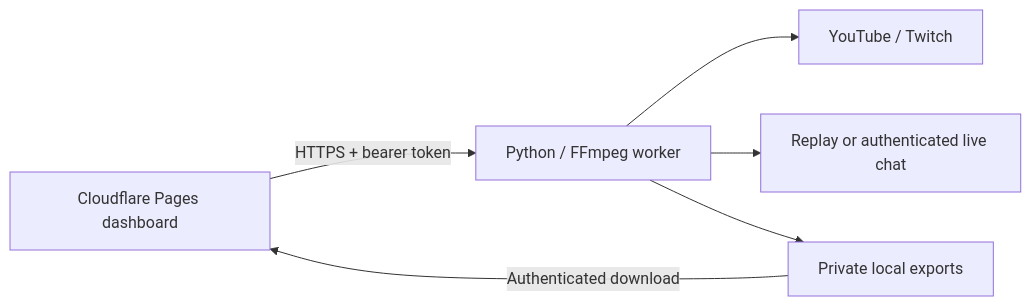
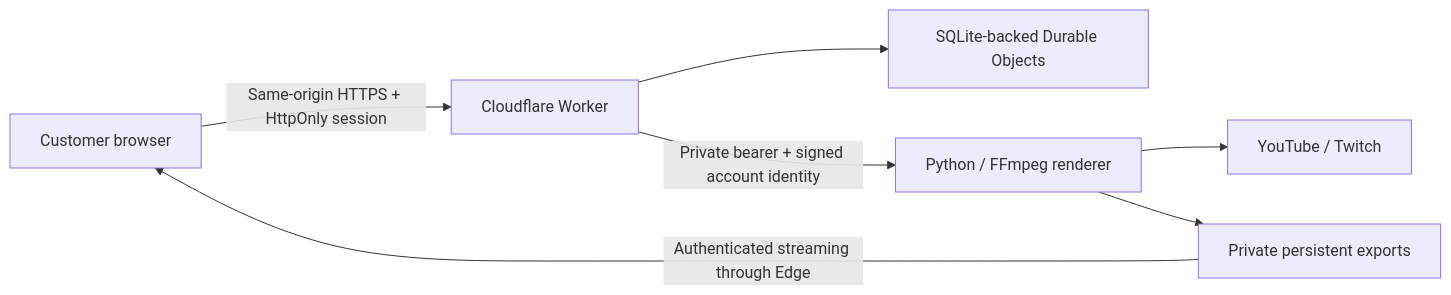
Before and after one commit to XidanAbds29/clipforge-studio: the diagram in README.md, drawn with Mermaid. The commit also changed other lines of this file, not shown here.

Commit message:
Document customer accounts, private exports and production hosting boundary

````diff
--- a/README.md
+++ b/README.md
@@ -145,8 +53,9 @@
 ```mermaid
 flowchart LR
-    Browser[Cloudflare Pages dashboard] -->|HTTPS + bearer token| Worker[Python / FFmpeg worker]
-    Worker --> Sources[YouTube / Twitch]
-    Worker --> Chat[Replay or authenticated live chat]
-    Worker --> Files[Private local exports]
-    Files -->|Authenticated download| Browser
+  Browser[Customer browser] -->|Same-origin HTTPS + HttpOnly session| Edge[Cloudflare Worker]
+  Edge --> Accounts[SQLite-backed Durable Objects]
+  Edge -->|Private bearer + signed account identity| Renderer[Python / FFmpeg renderer]
+  Renderer --> Sources[YouTube / Twitch]
+  Renderer --> Files[Private persistent exports]
+  Files -->|Authenticated streaming through Edge| Browser
 ```
````
